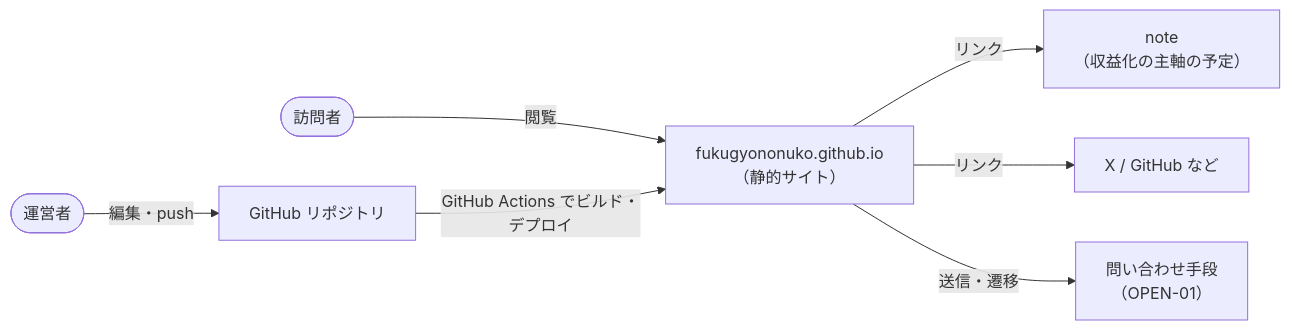
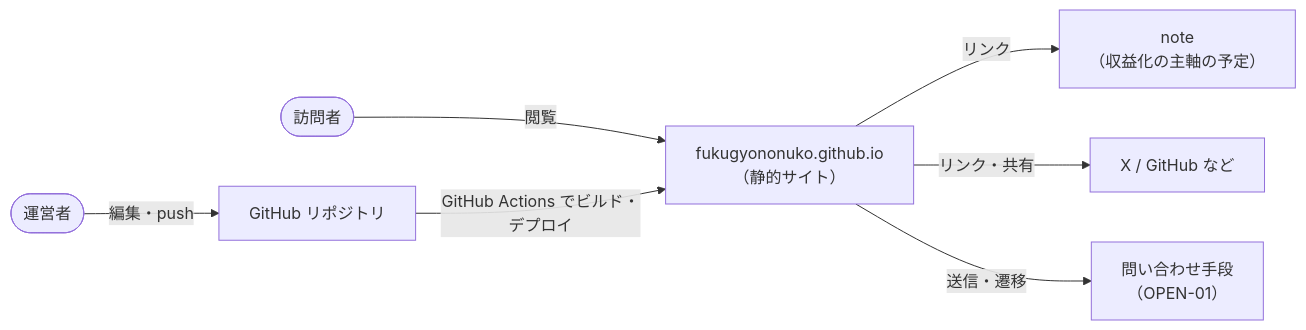
One commit to fukugyononuko/fukugyononuko.github.io changed the first of 2 diagrams in docs/01_overview.md. Above: the diagram before and after it, drawn with Mermaid. The commit also changed other lines of this file and 6 other files, not shown here.

````diff
--- a/docs/01_overview.md
+++ b/docs/01_overview.md
@@ -5,9 +5,9 @@
 ```mermaid
 flowchart LR
   V(["訪問者"]) -->|閲覧| SITE["fukugyononuko.github.io<br/>（静的サイト）"]
   O(["運営者"]) -->|編集・push| GH["GitHub リポジトリ"]
   GH -->|GitHub Actions でビルド・デプロイ| SITE
   SITE -->|リンク| NOTE["note<br/>（収益化の主軸の予定）"]
-  SITE -->|リンク| SNS["X / GitHub など"]
+  SITE -->|リンク・共有| SNS["X / GitHub など"]
   SITE -->|送信・遷移| INQ["問い合わせ手段<br/>（OPEN-01）"]
 ```
````
